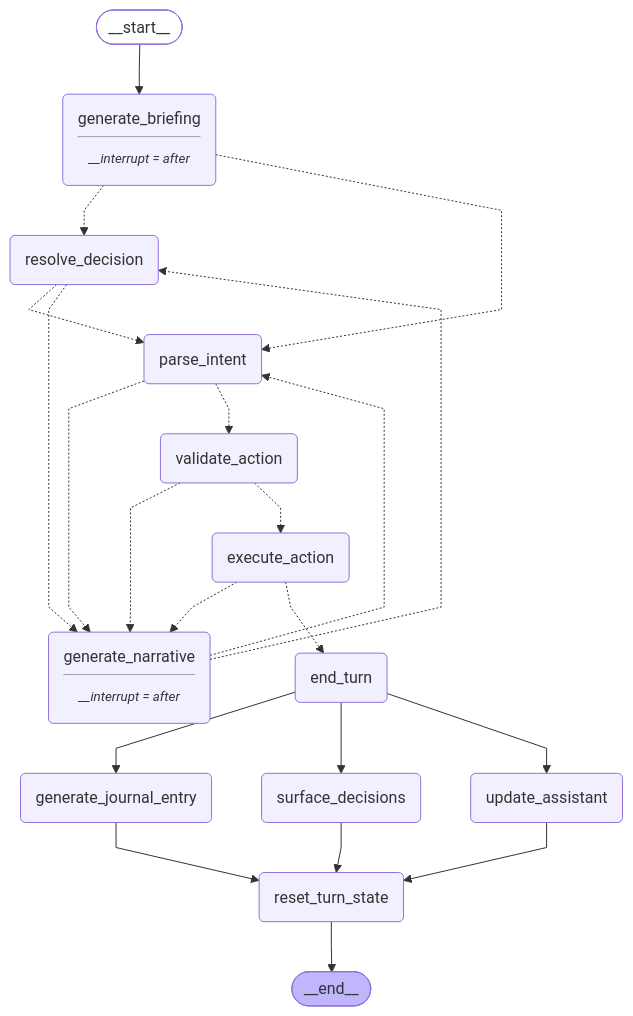
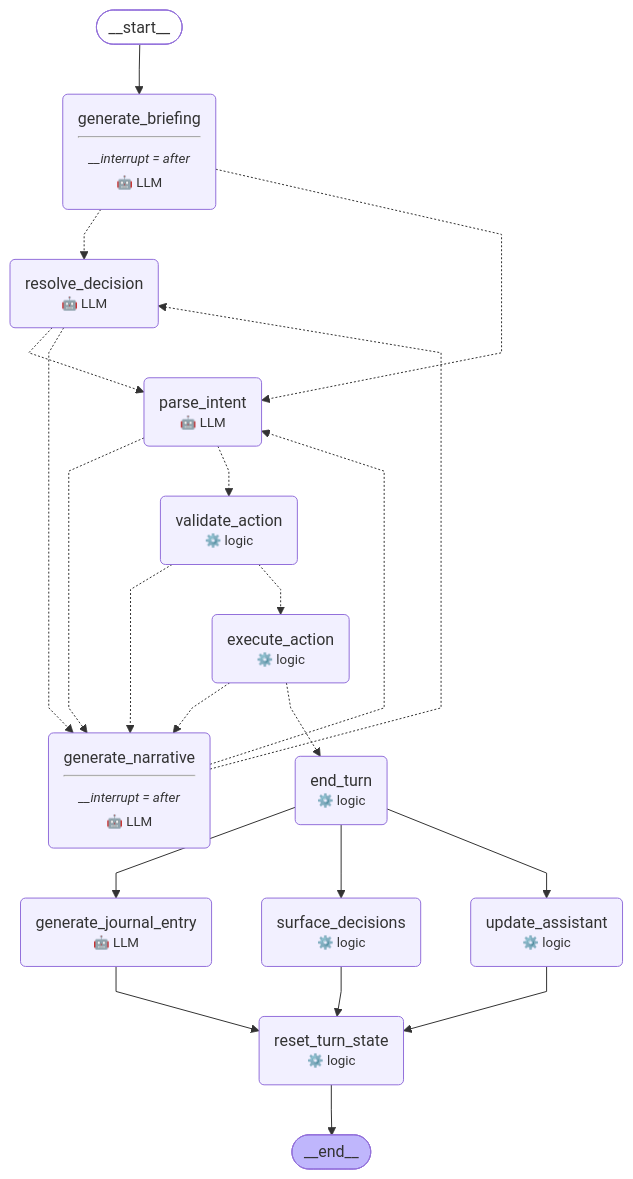
One commit to treble-maker123/moo-gpt changed the diagram in .docs/graphs/turn_graph.md. Above: the diagram before and after it, drawn with Mermaid. The commit also changed 2 other files, not shown here.

Commit message:
updated graph with logic vs llm call

````diff
--- a/.docs/graphs/turn_graph.md
+++ b/.docs/graphs/turn_graph.md
@@ -7,41 +7,41 @@
 ```mermaid
 %%{init: {'flowchart': {'curve': 'linear'}}}%%
 graph TD;
 	__start__([<p>__start__</p>]):::first
-	generate_briefing(generate_briefing<hr/><small><em>__interrupt = after</em></small>)
-	parse_intent(parse_intent)
-	validate_action(validate_action)
-	execute_action(execute_action)
-	generate_narrative(generate_narrative<hr/><small><em>__interrupt = after</em></small>)
-	resolve_decision(resolve_decision)
-	generate_journal_entry(generate_journal_entry)
-	surface_decisions(surface_decisions)
-	end_turn(end_turn)
-	update_assistant(update_assistant)
-	reset_turn_state(reset_turn_state)
+	generate_briefing(generate_briefing<hr/><small><em>__interrupt = after</em></small><br/><small>🤖 LLM</small>)
+	parse_intent(parse_intent<br/><small>🤖 LLM</small>)
+	validate_action(validate_action<br/><small>⚙️ logic</small>)
+	execute_action(execute_action<br/><small>⚙️ logic</small>)
+	generate_narrative(generate_narrative<hr/><small><em>__interrupt = after</em></small><br/><small>🤖 LLM</small>)
+	resolve_decision(resolve_decision<br/><small>🤖 LLM</small>)
+	generate_journal_entry(generate_journal_entry<br/><small>🤖 LLM</small>)
+	surface_decisions(surface_decisions<br/><small>⚙️ logic</small>)
+	end_turn(end_turn<br/><small>⚙️ logic</small>)
+	update_assistant(update_assistant<br/><small>⚙️ logic</small>)
+	reset_turn_state(reset_turn_state<br/><small>⚙️ logic</small>)
 	__end__([<p>__end__</p>]):::last
 	__start__ --> generate_briefing;
 	end_turn --> generate_journal_entry;
 	end_turn --> surface_decisions;
 	end_turn --> update_assistant;
 	generate_journal_entry --> reset_turn_state;
 	reset_turn_state --> __end__;
 	surface_decisions --> reset_turn_state;
 	update_assistant --> reset_turn_state;
 	generate_briefing -.-> resolve_decision;
 	generate_briefing -.-> parse_intent;
 	parse_intent -.-> generate_narrative;
 	parse_intent -.-> validate_action;
 	validate_action -.-> generate_narrative;
 	validate_action -.-> execute_action;
 	execute_action -.-> generate_narrative;
 	execute_action -.-> end_turn;
 	resolve_decision -.-> parse_intent;
 	resolve_decision -.-> generate_narrative;
 	generate_narrative -.-> resolve_decision;
 	generate_narrative -.-> parse_intent;
 	classDef default fill:#f2f0ff,line-height:1.2;
 	classDef first fill-opacity:0;
 	classDef last fill:#bfb6fc;
 
 ```
````
